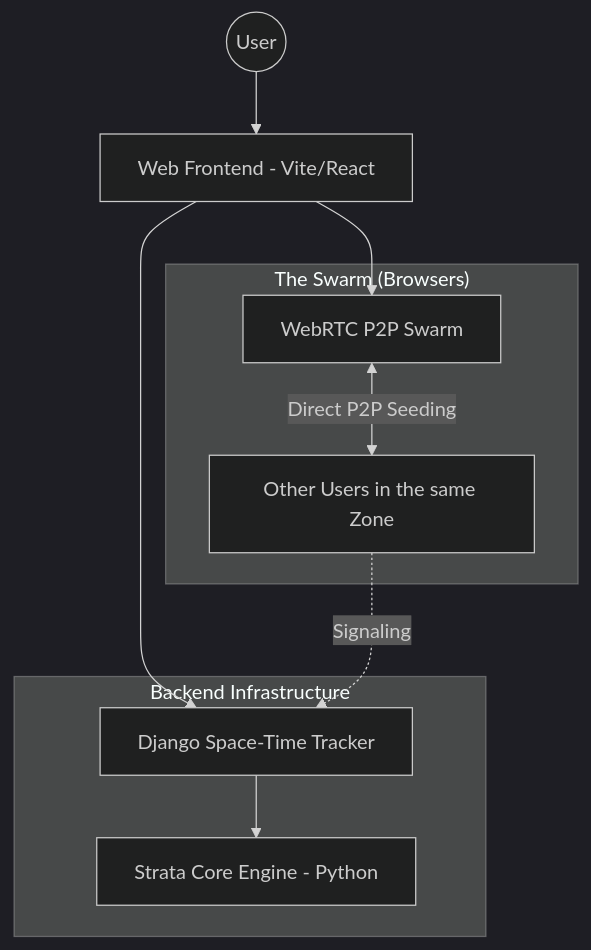
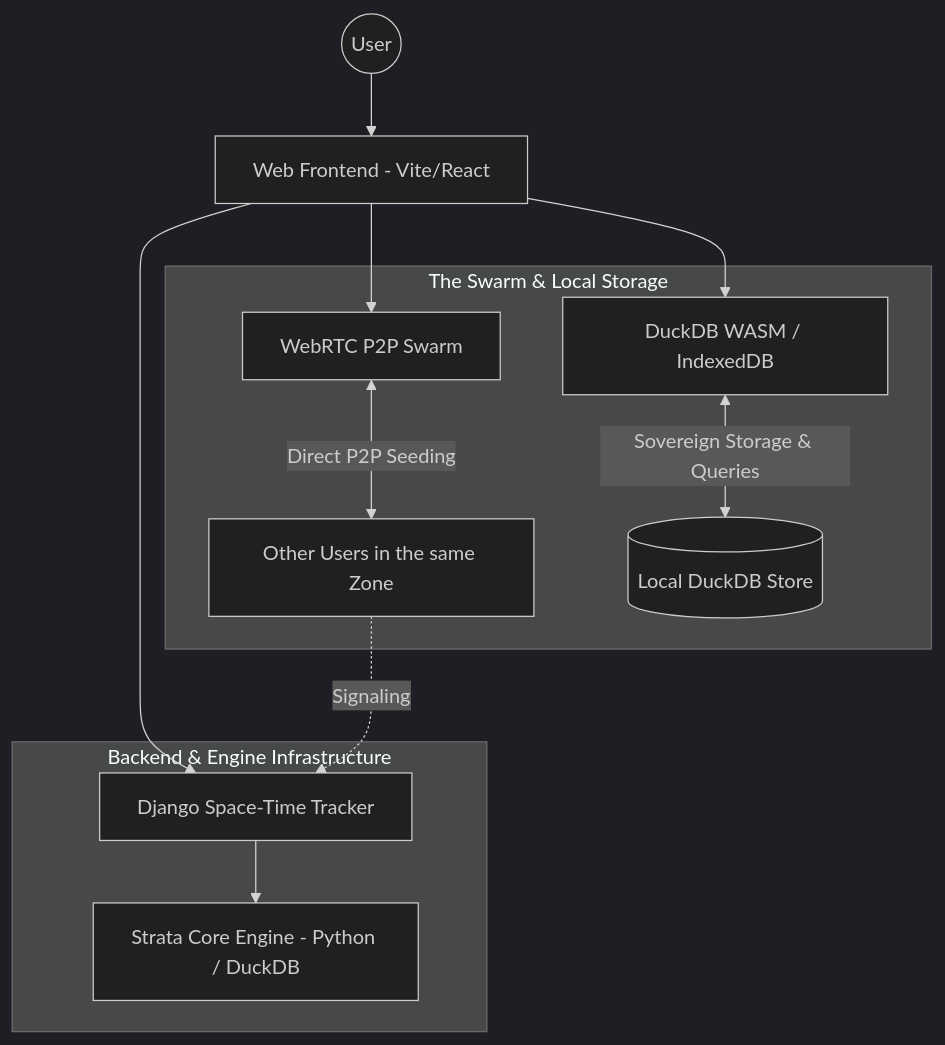
Before and after one commit to cacrespo/handshake: the diagram in README.md, drawn with Mermaid (dark theme). The commit also changed other lines of this file, not shown here.

Commit message:
docs: align README.md with DuckDB integration, metabolism, and protocol spec

````diff
--- a/README.md
+++ b/README.md
@@ -20,16 +20,18 @@
 ```mermaid
 graph TD
     User((User)) --> WebApp[Web Frontend - Vite/React]
+    WebApp --> DuckDBWasm[DuckDB WASM / IndexedDB]
     WebApp --> WebRTC[WebRTC P2P Swarm]
     WebApp --> Tracker[Django Space-Time Tracker]
     
-    subgraph "The Swarm (Browsers)"
+    subgraph "The Swarm & Local Storage"
         WebRTC <-->|Direct P2P Seeding| OtherPeers[Other Users in the same Zone]
+        DuckDBWasm <-->|Sovereign Storage & Queries| LocalDB[(Local DuckDB Store)]
     end
     
-    subgraph "Backend Infrastructure"
-        Tracker --> Engine[Strata Core Engine - Python]
+    subgraph "Backend & Engine Infrastructure"
+        Tracker --> Engine[Strata Core Engine - Python / DuckDB]
     end
     
     OtherPeers -.->|Signaling| Tracker
 ```
````
